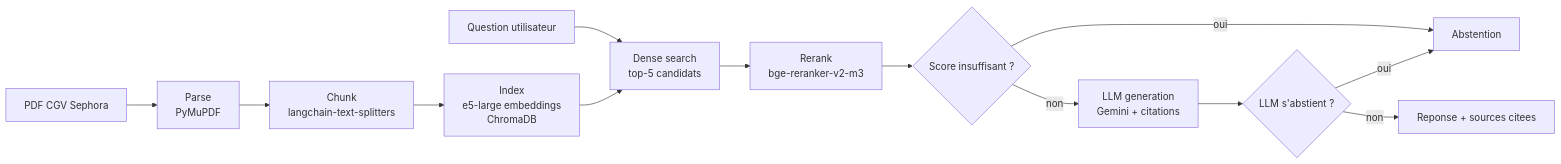
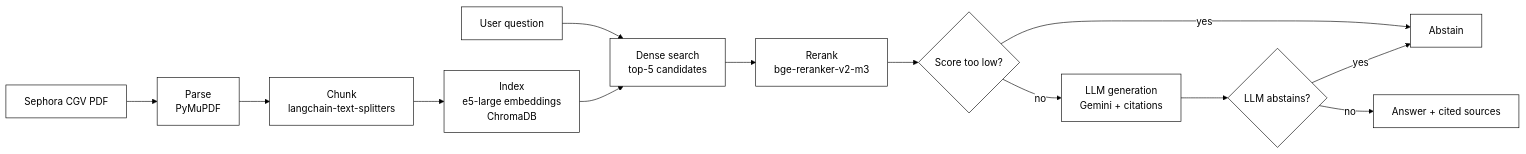
Before and after one commit to fatima-zahra-hannou/customer-policy-rag: the diagram in README.md, drawn with Mermaid. The commit also changed other lines of this file, not shown here.

````diff
--- a/README.md
+++ b/README.md
@@ -12,15 +19,16 @@
 ```mermaid
+%%{init: {'theme':'base', 'themeVariables': {'primaryColor':'#ffffff','primaryTextColor':'#000000','primaryBorderColor':'#000000','lineColor':'#000000','secondaryColor':'#ffffff','tertiaryColor':'#ffffff'}}}%%
 flowchart LR
-    A["PDF CGV Sephora"] --> B["Parse<br/>PyMuPDF"]
+    A["Sephora CGV PDF"] --> B["Parse<br/>PyMuPDF"]
     B --> C["Chunk<br/>langchain-text-splitters"]
     C --> D["Index<br/>e5-large embeddings<br/>ChromaDB"]
-    E["Question utilisateur"] --> F["Dense search<br/>top-5 candidats"]
+    E["User question"] --> F["Dense search<br/>top-5 candidates"]
     D --> F
     F --> G["Rerank<br/>bge-reranker-v2-m3"]
-    G --> H{"Score insuffisant ?"}
-    H -->|oui| I["Abstention"]
-    H -->|non| J["LLM generation<br/>Gemini + citations"]
-    J --> K{"LLM s'abstient ?"}
-    K -->|oui| I
-    K -->|non| L["Reponse + sources citees"]
+    G --> H{"Score too low?"}
+    H -->|yes| I["Abstain"]
+    H -->|no| J["LLM generation<br/>Gemini + citations"]
+    J --> K{"LLM abstains?"}
+    K -->|yes| I
+    K -->|no| L["Answer + cited sources"]
 ```
````
